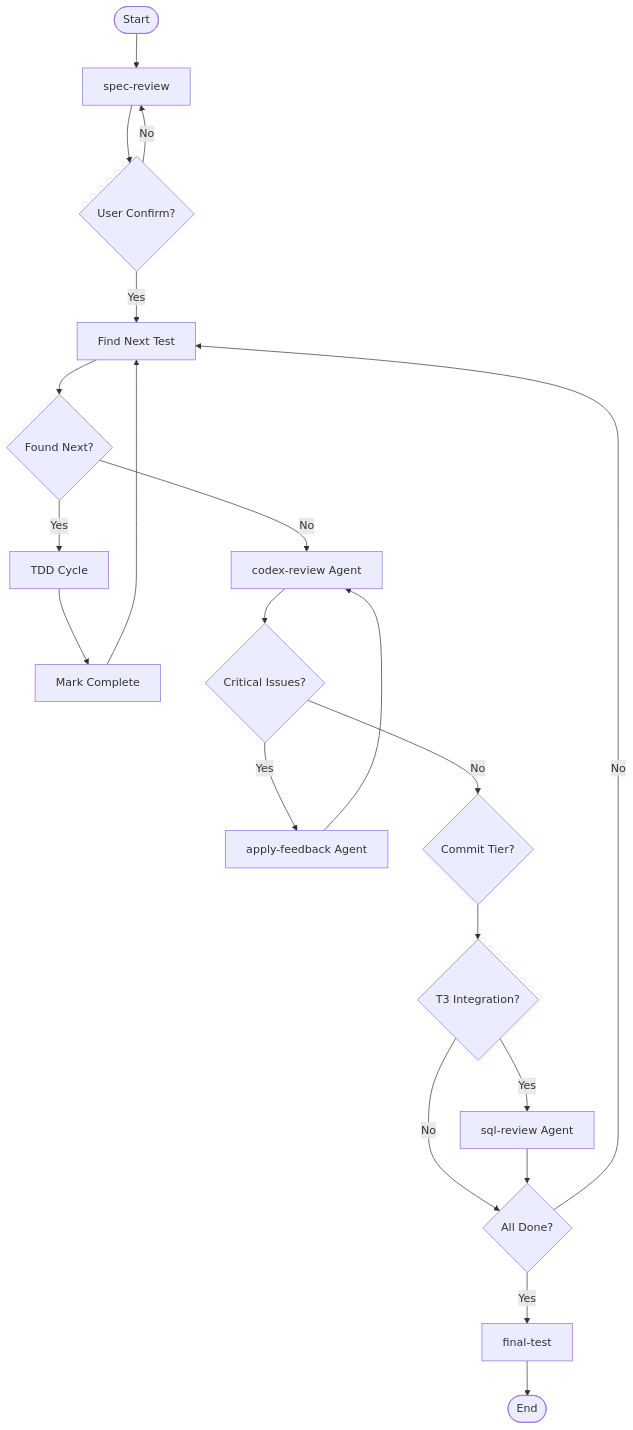
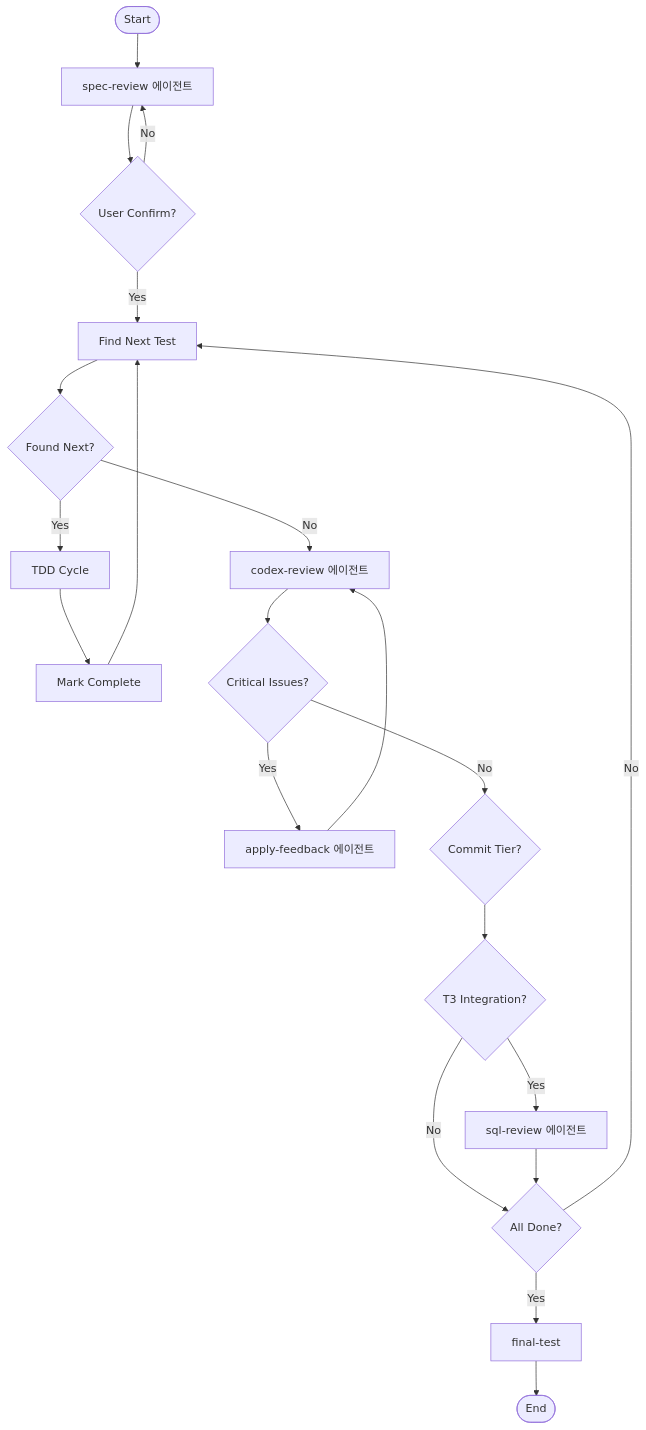
The second of 2 diagrams in .blog-system/drafts/2026-01-09-15-year-cto-vibe-coding.md (flowkater/flowkater.io), drawn with Mermaid before and after one commit. The commit also changed other lines of this file, not shown here.

````diff
--- a/.blog-system/drafts/2026-01-09-15-year-cto-vibe-coding.md
+++ b/.blog-system/drafts/2026-01-09-15-year-cto-vibe-coding.md
@@ -276,40 +267,40 @@
 ```mermaid
 flowchart TD
     start([Start])
-    spec_review["spec-review"]
+    spec_review["spec-review 에이전트"]
     user_confirm{User Confirm?}
     find_next[Find Next Test]
     has_next{Found Next?}
     tdd_execute["TDD Cycle"]
     update_plan[Mark Complete]
-    codex_review["codex-review Agent"]
+    codex_review["codex-review 에이전트"]
     has_critical{Critical Issues?}
-    apply_feedback["apply-feedback Agent"]
+    apply_feedback["apply-feedback 에이전트"]
     commit_ask{Commit Tier?}
     is_t3{T3 Integration?}
-    sql_review["sql-review Agent"]
+    sql_review["sql-review 에이전트"]
     plan_done{All Done?}
     final_test["final-test"]
     finish([End])
 
     start --> spec_review
     spec_review --> user_confirm
     user_confirm -->|No| spec_review
     user_confirm -->|Yes| find_next
     find_next --> has_next
     has_next -->|Yes| tdd_execute
     has_next -->|No| codex_review
     tdd_execute --> update_plan
     update_plan --> find_next
     codex_review --> has_critical
     has_critical -->|Yes| apply_feedback
     has_critical -->|No| commit_ask
     apply_feedback --> codex_review
     commit_ask --> is_t3
     is_t3 -->|Yes| sql_review
     is_t3 -->|No| plan_done
     sql_review --> plan_done
     plan_done -->|No| find_next
     plan_done -->|Yes| final_test
     final_test --> finish
 ```
````
